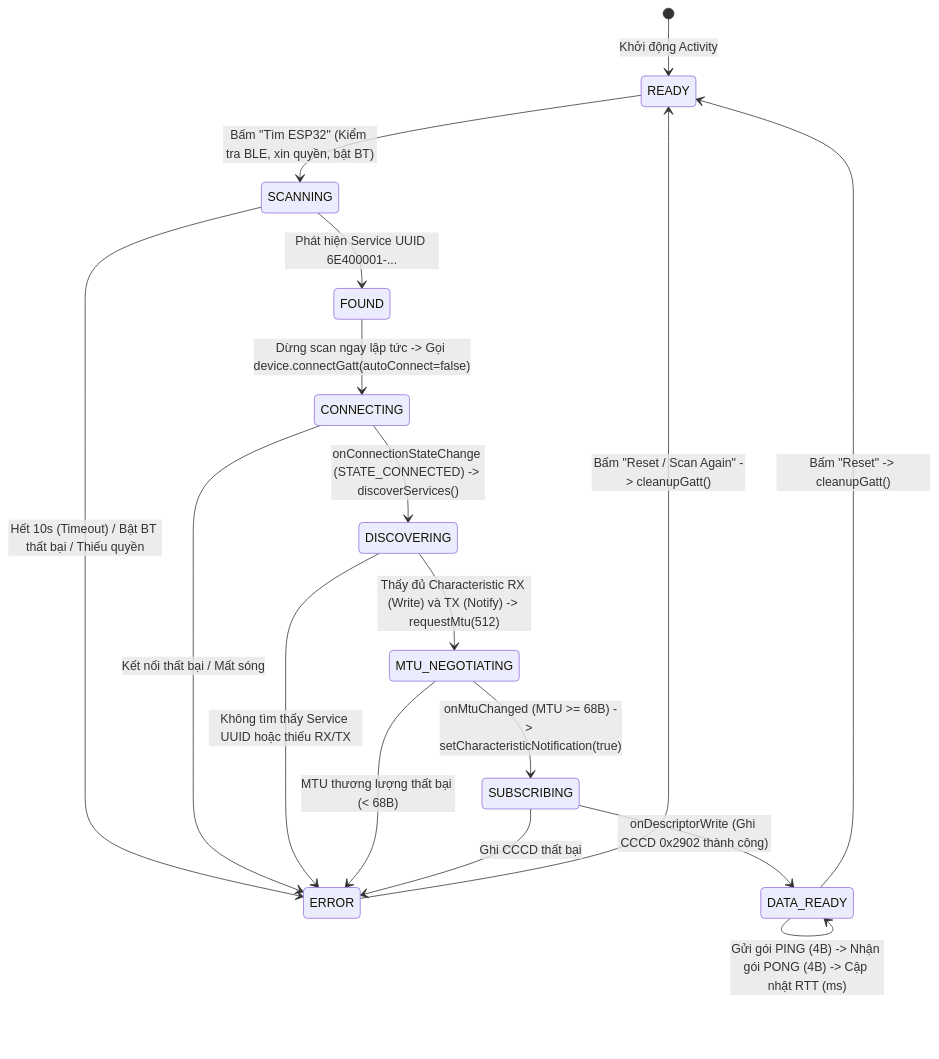
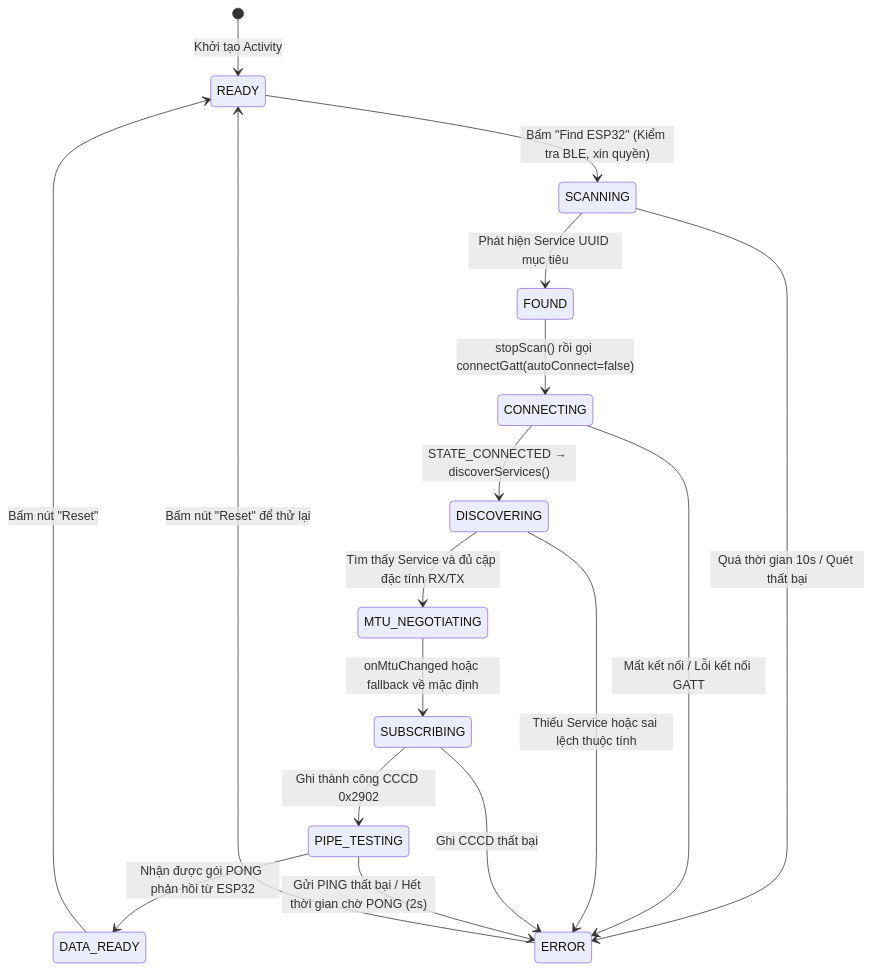
The second of 3 diagrams in README.md (NTHieu-bk/SmartKeyAccess), drawn with Mermaid before and after one commit. The commit also changed other lines of this file, not shown here.

````diff
--- a/README.md
+++ b/README.md
@@ -57,27 +243,28 @@
 ```mermaid
 stateDiagram-v2
-    [*] --> READY : Khởi động Activity
+    [*] --> READY : Khởi tạo Activity
 
-    READY --> SCANNING : Bấm "Tìm ESP32" (Kiểm tra BLE, xin quyền, bật BT)
-    
-    SCANNING --> ERROR : Hết 10s (Timeout) / Bật BT thất bại / Thiếu quyền
-    SCANNING --> FOUND : Phát hiện Service UUID 6E400001-...
-    
-    FOUND --> CONNECTING : Dừng scan ngay lập tức -> Gọi device.connectGatt(autoConnect=false)
-    CONNECTING --> DISCOVERING : onConnectionStateChange (STATE_CONNECTED) -> discoverServices()
-    CONNECTING --> ERROR : Kết nối thất bại / Mất sóng
+    READY --> SCANNING : Bấm "Find ESP32" (Kiểm tra BLE, xin quyền)
 
-    DISCOVERING --> MTU_NEGOTIATING : Thấy đủ Characteristic RX (Write) và TX (Notify) -> requestMtu(512)
-    DISCOVERING --> ERROR : Không tìm thấy Service UUID hoặc thiếu RX/TX
+    SCANNING --> FOUND : Phát hiện Service UUID mục tiêu
+    SCANNING --> ERROR : Quá thời gian 10s / Quét thất bại
 
-    MTU_NEGOTIATING --> SUBSCRIBING : onMtuChanged (MTU >= 68B) -> setCharacteristicNotification(true)
-    MTU_NEGOTIATING --> ERROR : MTU thương lượng thất bại (< 68B)
+    FOUND --> CONNECTING : stopScan() rồi gọi connectGatt(autoConnect=false)
 
-    SUBSCRIBING --> DATA_READY : onDescriptorWrite (Ghi CCCD 0x2902 thành công)
+    CONNECTING --> DISCOVERING : STATE_CONNECTED → discoverServices()
+    CONNECTING --> ERROR : Mất kết nối / Lỗi kết nối GATT
+
+    DISCOVERING --> MTU_NEGOTIATING : Tìm thấy Service và đủ cặp đặc tính RX/TX
+    DISCOVERING --> ERROR : Thiếu Service hoặc sai lệch thuộc tính
+
+    MTU_NEGOTIATING --> SUBSCRIBING : onMtuChanged hoặc fallback về mặc định
+
+    SUBSCRIBING --> PIPE_TESTING : Ghi thành công CCCD 0x2902
     SUBSCRIBING --> ERROR : Ghi CCCD thất bại
 
-    DATA_READY --> DATA_READY : Gửi gói PING (4B) -> Nhận gói PONG (4B) -> Cập nhật RTT (ms)
-    
-    DATA_READY --> READY : Bấm "Reset" -> cleanupGatt()
-    ERROR --> READY : Bấm "Reset / Scan Again" -> cleanupGatt()
+    PIPE_TESTING --> DATA_READY : Nhận được gói PONG phản hồi từ ESP32
+    PIPE_TESTING --> ERROR : Gửi PING thất bại / Hết thời gian chờ PONG (2s)
+
+    DATA_READY --> READY : Bấm nút "Reset"
+    ERROR --> READY : Bấm nút "Reset" để thử lại
 ```
````
